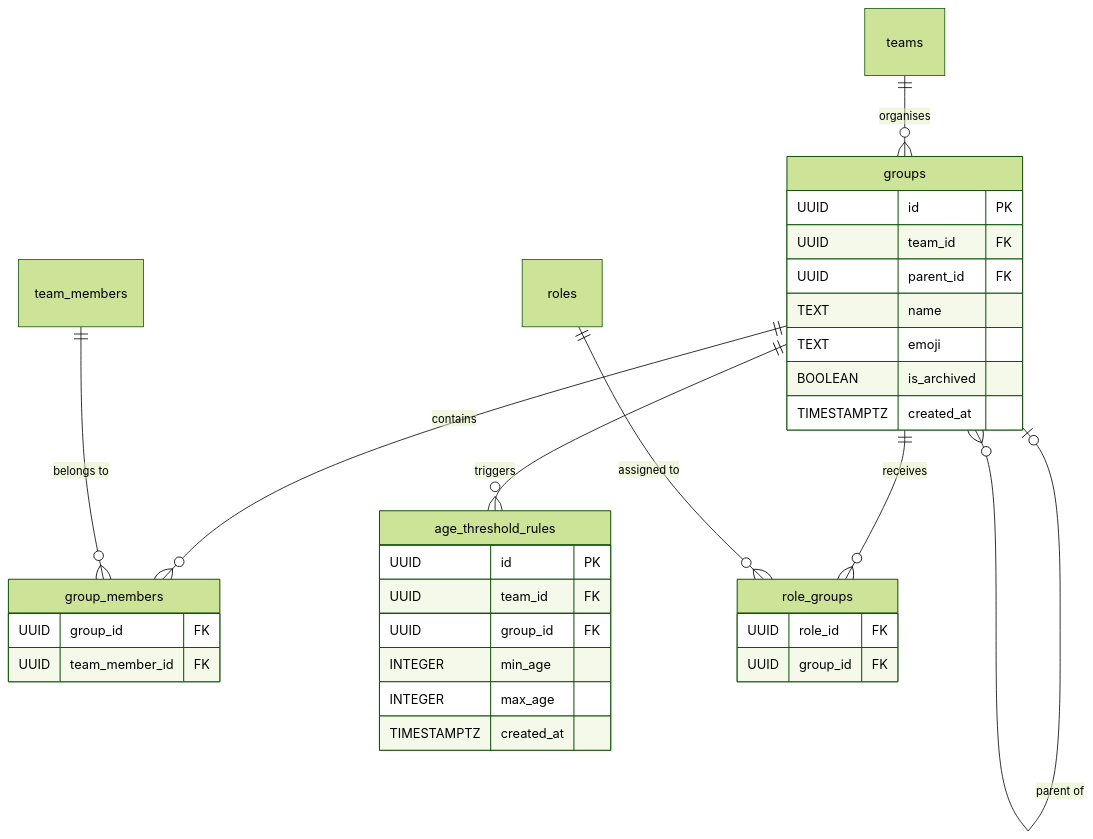
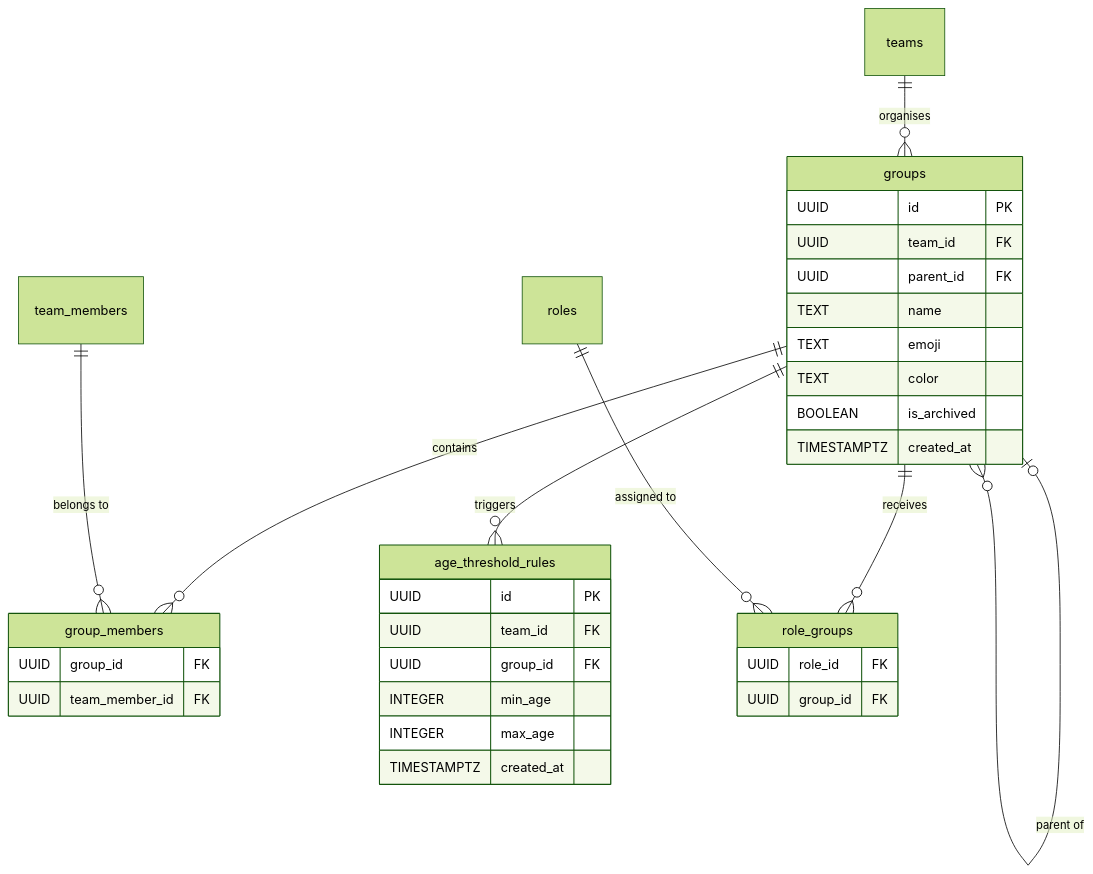
The fifth of 12 diagrams in docs/thesis/er-diagram.md (maxa-ondrej/sideline), drawn with Mermaid (forest theme) before and after one commit. The commit also changed other lines of this file and 47 other files, not shown here.

````diff
--- a/docs/thesis/er-diagram.md
+++ b/docs/thesis/er-diagram.md
@@ -253,39 +253,40 @@
 ```mermaid
 erDiagram
     groups {
         UUID id PK
         UUID team_id FK
         UUID parent_id FK
         TEXT name
         TEXT emoji
+        TEXT color
         BOOLEAN is_archived
         TIMESTAMPTZ created_at
     }
 
     group_members {
         UUID group_id FK
         UUID team_member_id FK
     }
 
     age_threshold_rules {
         UUID id PK
         UUID team_id FK
         UUID group_id FK
         INTEGER min_age
         INTEGER max_age
         TIMESTAMPTZ created_at
     }
 
     role_groups {
         UUID role_id FK
         UUID group_id FK
     }
 
     teams ||--o{ groups : "organises"
     groups o|--o{ groups : "parent of"
     groups ||--o{ group_members : "contains"
     groups ||--o{ age_threshold_rules : "triggers"
     groups ||--o{ role_groups : "receives"
     team_members ||--o{ group_members : "belongs to"
     roles ||--o{ role_groups : "assigned to"
 ```
````
